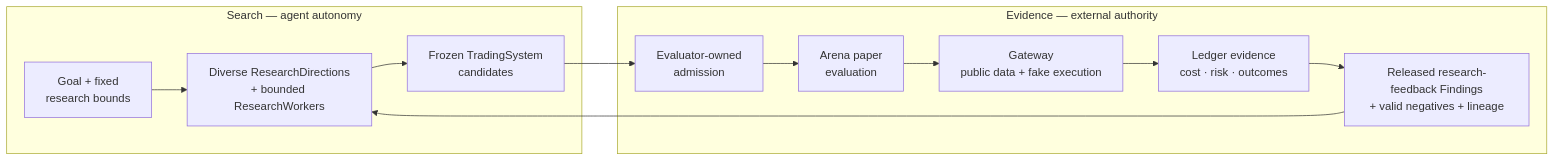
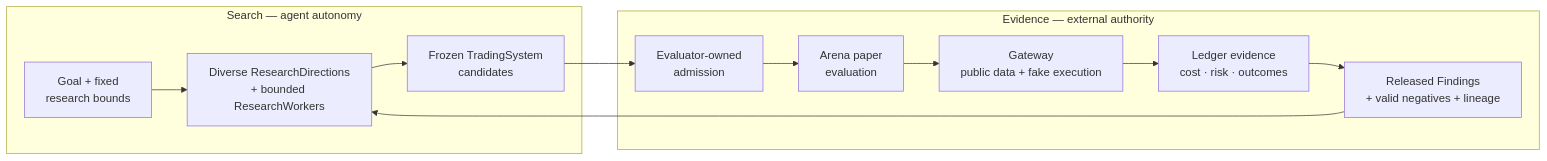
Before and after one commit to openboa-ai/ouroboros: the diagram in README.md, drawn with Mermaid. The commit also changed other lines of this file, not shown here.

Commit message:
[OURO-241] Address evidence-release review

````diff
--- a/README.md
+++ b/README.md
@@ -38,17 +38,17 @@
 ```mermaid
 flowchart LR
     subgraph S["Search — agent autonomy"]
         G["Goal + fixed<br/>research bounds"] --> R["Diverse ResearchDirections<br/>+ bounded ResearchWorkers"]
         R --> C["Frozen TradingSystem<br/>candidates"]
     end
 
     subgraph E["Evidence — external authority"]
         C --> A["Evaluator-owned<br/>admission"]
         A --> P["Arena paper<br/>evaluation"]
         P --> W["Gateway<br/>public data + fake execution"]
         W --> L["Ledger evidence<br/>cost · risk · outcomes"]
-        L --> M["Released research-feedback Findings<br/>+ valid negatives + lineage"]
+        L --> M["Released Findings<br/>+ valid negatives + lineage"]
     end
 
     M --> R
 ```
````
